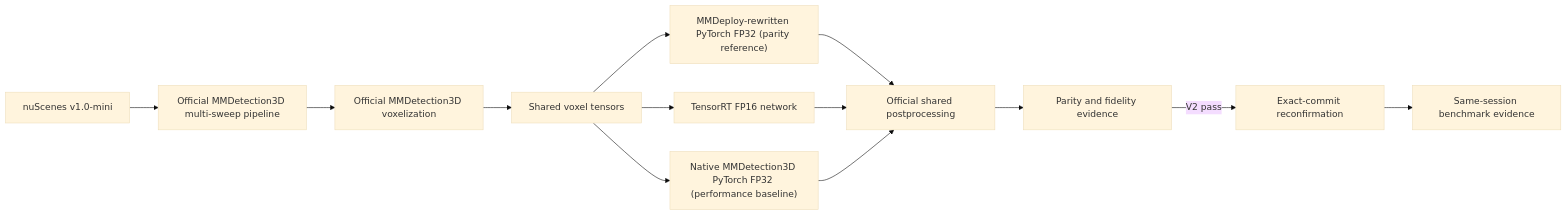
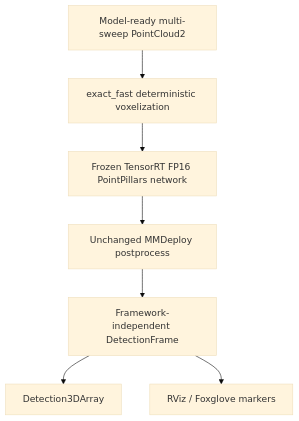
One commit to muhammadmahadazher/laserperception changed the diagram in README.md. Above: the diagram before and after it, drawn with Mermaid (base theme). The commit also changed other lines of this file and 20 other files, not shown here.

````diff
--- a/README.md
+++ b/README.md
@@ -73,15 +49,9 @@
 ```mermaid
-flowchart LR
-    A["nuScenes v1.0-mini"] --> B["Official MMDetection3D multi-sweep pipeline"]
-    B --> C["Official MMDetection3D voxelization"]
-    C --> D["Shared voxel tensors"]
-    D --> E["MMDeploy-rewritten PyTorch FP32 (parity reference)"]
-    D --> F["TensorRT FP16 network"]
-    D --> K["Native MMDetection3D PyTorch FP32 (performance baseline)"]
-    E --> G["Official shared postprocessing"]
-    F --> G
-    K --> G
-    G --> H["Parity and fidelity evidence"]
-    H -->|"V2 pass"| I["Exact-commit reconfirmation"]
-    I --> J["Same-session benchmark evidence"]
+flowchart TD
+    A["Model-ready multi-sweep PointCloud2"] --> B["exact_fast deterministic voxelization"]
+    B --> C["Frozen TensorRT FP16 PointPillars network"]
+    C --> D["Unchanged MMDeploy postprocess"]
+    D --> E["Framework-independent DetectionFrame"]
+    E --> F["Detection3DArray"]
+    E --> G["RViz / Foxglove markers"]
 ```
````
